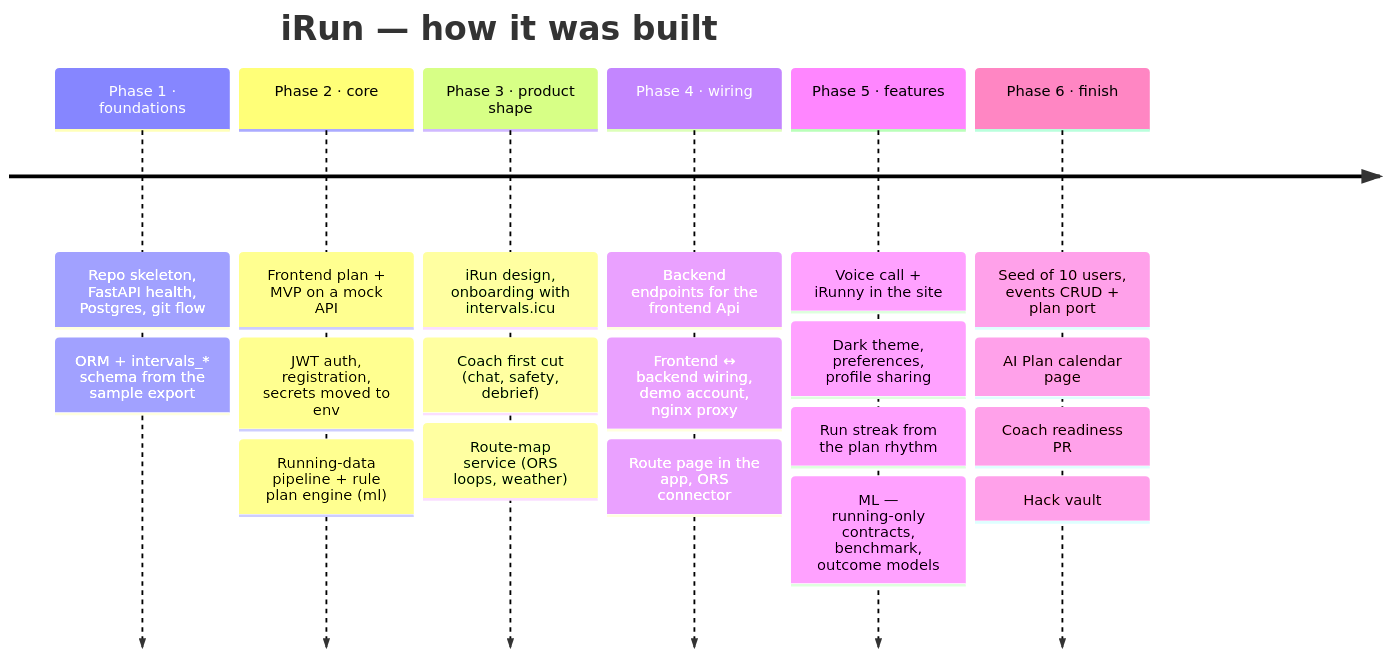
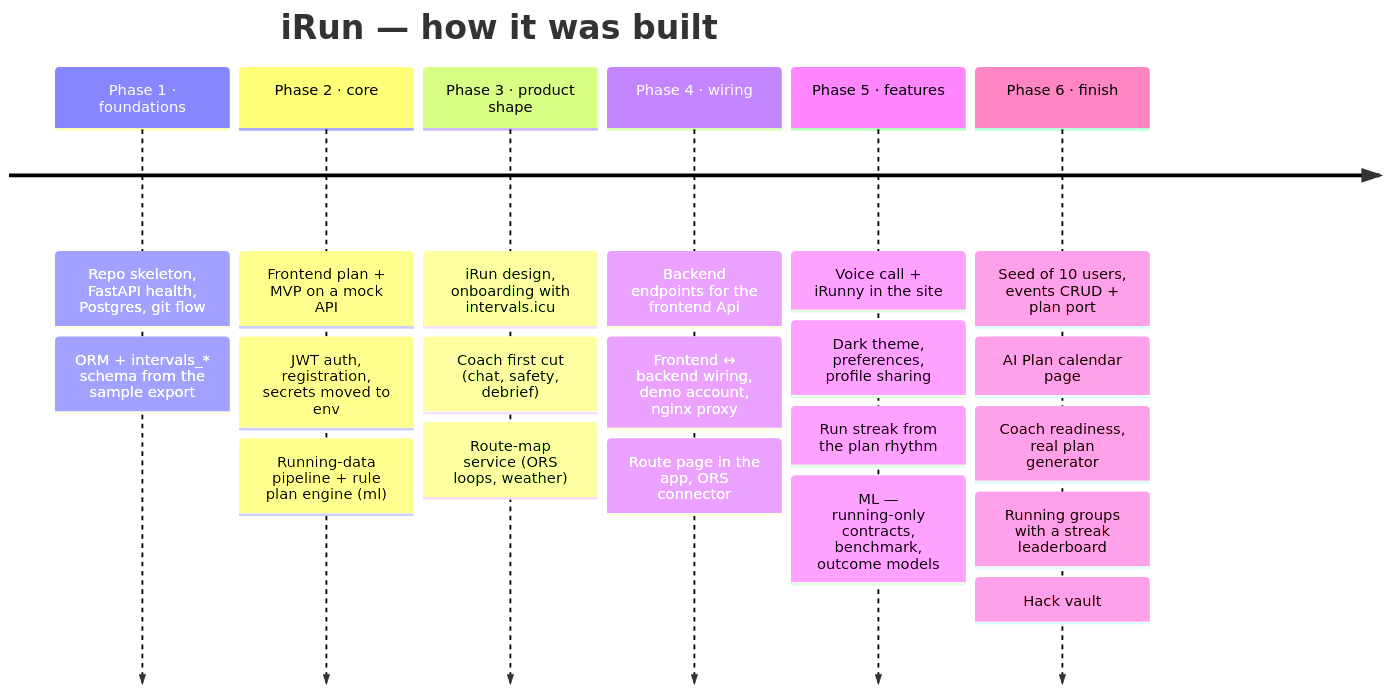
The diagram in 04 Story/Timeline.md (some1less/hack-vault), drawn with Mermaid before and after one commit. The commit also changed other lines of this file and 11 other files, not shown here.

Commit message:
docs: running groups, real plan generator, merged PRs

````diff
--- a/04 Story/Timeline.md
+++ b/04 Story/Timeline.md
@@ -5,10 +5,10 @@
 ```mermaid
 timeline
     title iRun — how it was built
     Phase 1 · foundations : Repo skeleton, FastAPI health, Postgres, git flow : ORM + intervals_* schema from the sample export
     Phase 2 · core : Frontend plan + MVP on a mock API : JWT auth, registration, secrets moved to env : Running-data pipeline + rule plan engine (ml)
     Phase 3 · product shape : iRun design, onboarding with intervals.icu : Coach first cut (chat, safety, debrief) : Route-map service (ORS loops, weather)
     Phase 4 · wiring : Backend endpoints for the frontend Api : Frontend ↔ backend wiring, demo account, nginx proxy : Route page in the app, ORS connector
     Phase 5 · features : Voice call + iRunny in the site : Dark theme, preferences, profile sharing : Run streak from the plan rhythm : ML — running-only contracts, benchmark, outcome models
-    Phase 6 · finish : Seed of 10 users, events CRUD + plan port : AI Plan calendar page : Coach readiness PR : Hack vault
+    Phase 6 · finish : Seed of 10 users, events CRUD + plan port : AI Plan calendar page : Coach readiness, real plan generator : Running groups with a streak leaderboard : Hack vault
 ```
````
